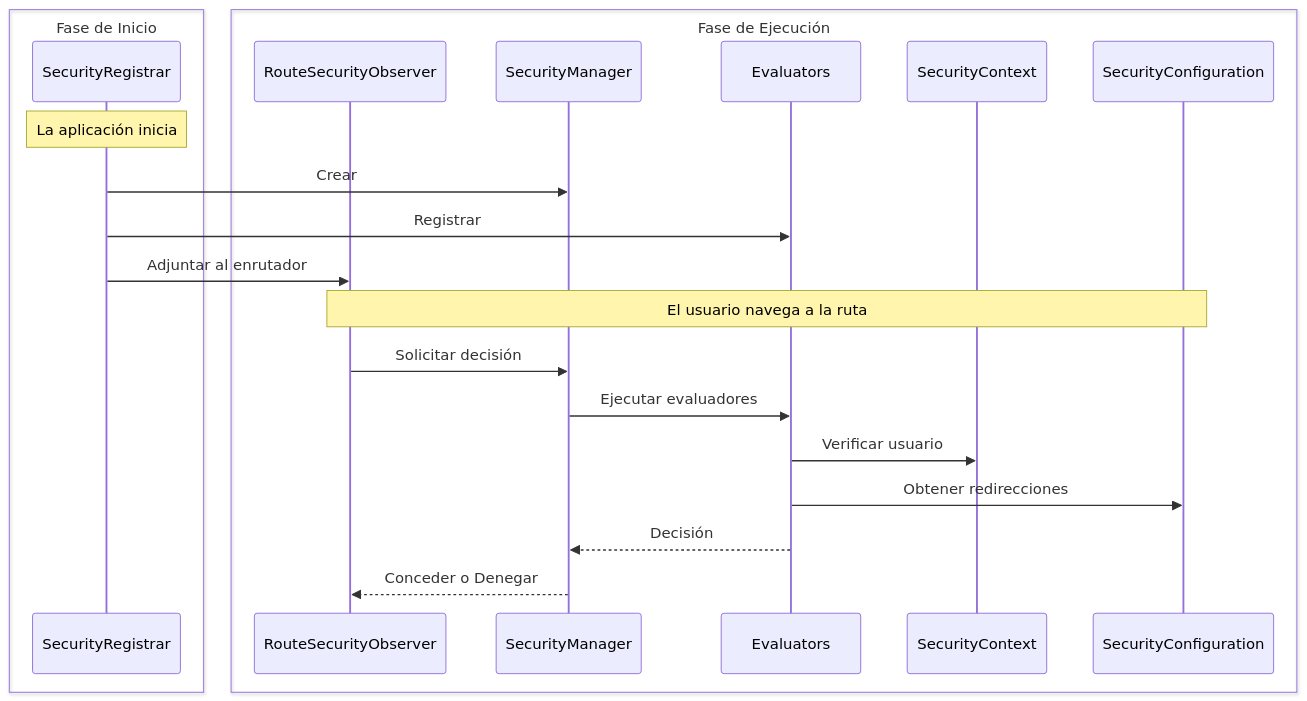
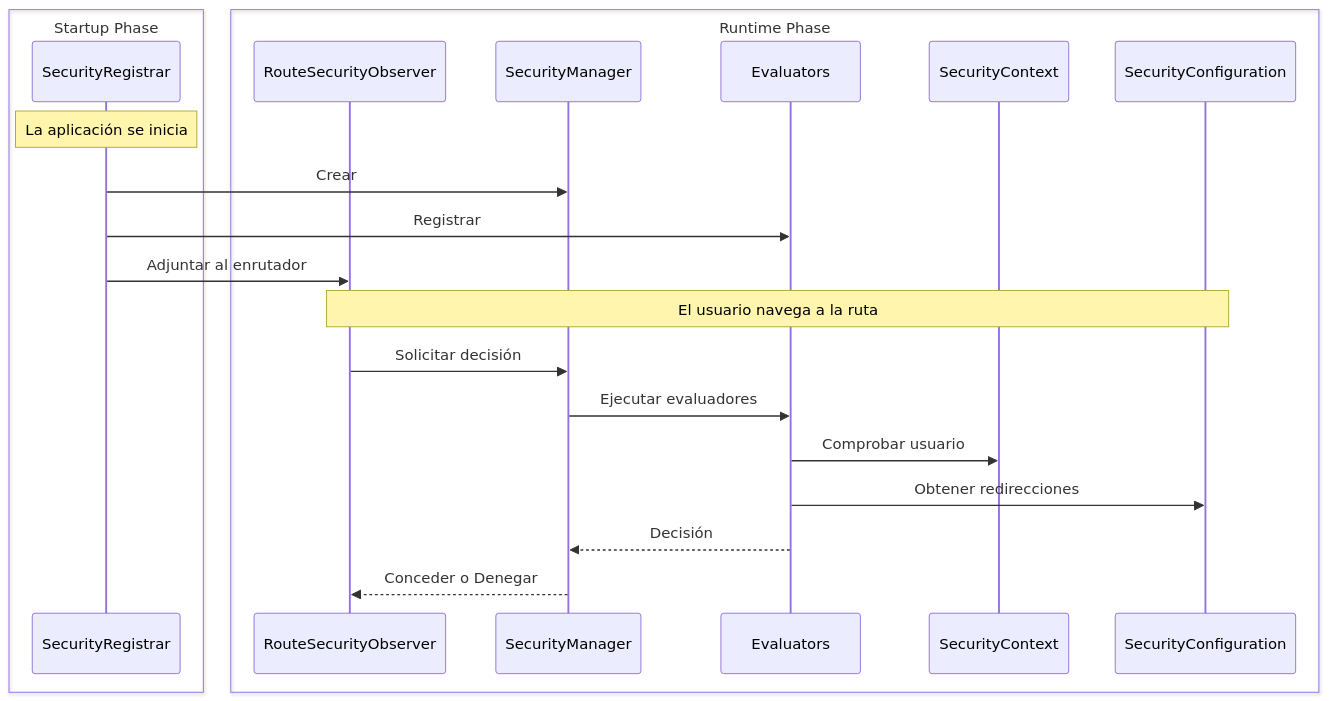
The diagram in docs/i18n/es/docusaurus-plugin-content-docs/current/security/architecture/custom-implementation.md (webforj/webforj-documentation), drawn with Mermaid before and after one commit. The commit also changed other lines of this file and 589 other files, not shown here.

````diff
--- a/docs/i18n/es/docusaurus-plugin-content-docs/current/security/architecture/custom-implementation.md
+++ b/docs/i18n/es/docusaurus-plugin-content-docs/current/security/architecture/custom-implementation.md
@@ -28,26 +28,26 @@
 ```mermaid
 sequenceDiagram
-  box Fase de Inicio
+  box Startup Phase
   participant Registrar as SecurityRegistrar
   end
-  box Fase de Ejecución
+  box Runtime Phase
   participant Observer as RouteSecurityObserver
   participant Manager as SecurityManager
   participant Evaluators
   participant Context as SecurityContext
   participant Config as SecurityConfiguration
   end
 
-  Note over Registrar: La aplicación inicia
+  Note over Registrar: La aplicación se inicia
   Registrar->>Manager: Crear
   Registrar->>Evaluators: Registrar
   Registrar->>Observer: Adjuntar al enrutador
 
   Note over Observer,Config: El usuario navega a la ruta
   Observer->>Manager: Solicitar decisión
   Manager->>Evaluators: Ejecutar evaluadores
-  Evaluators->>Context: Verificar usuario
+  Evaluators->>Context: Comprobar usuario
   Evaluators->>Config: Obtener redirecciones
   Evaluators-->>Manager: Decisión
   Manager-->>Observer: Conceder o Denegar
 ```
````
